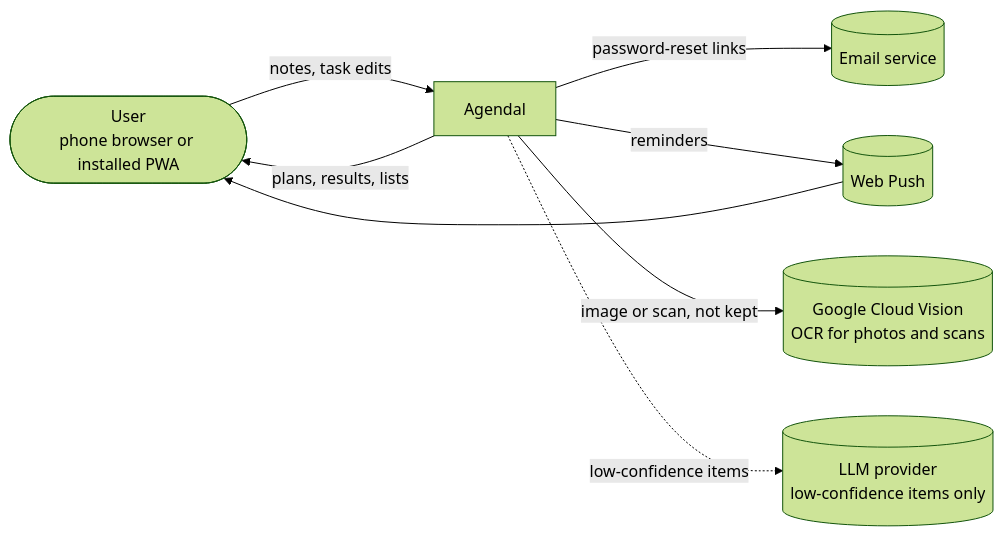
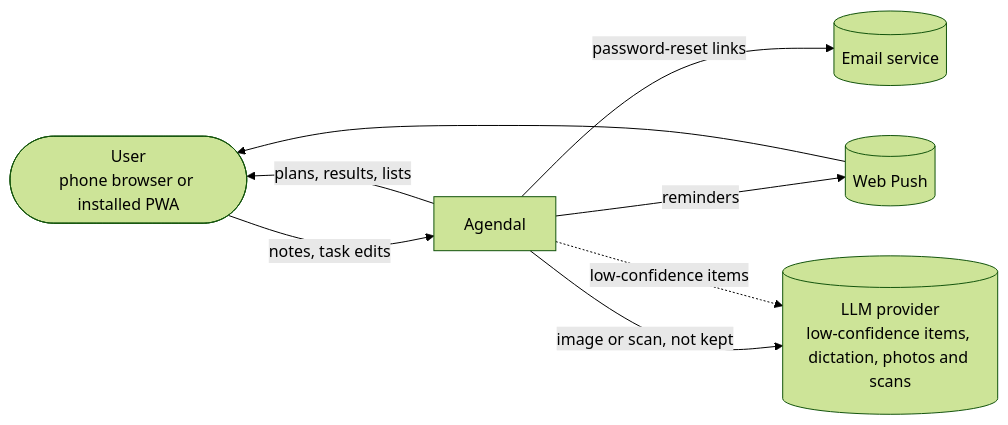
The third of 6 diagrams in docs/SUMMARY.md (02bbits/Agendal), drawn with Mermaid (forest theme) before and after one commit. The commit also changed other lines of this file and 9 other files, not shown here.

First line of the commit message:
Docs: photos and scans are read by the language model, not Google Vision

````diff
--- a/docs/SUMMARY.md
+++ b/docs/SUMMARY.md
@@ -245,15 +245,14 @@
 ```mermaid
 flowchart LR
     U([User<br/>phone browser or installed PWA])
     A[Agendal]
     M[(Email service)]
     P[(Web Push)]
-    X[(Google Cloud Vision<br/>OCR for photos and scans)]
-    L[(LLM provider<br/>low-confidence items only)]
+    L[(LLM provider<br/>low-confidence items, dictation, photos and scans)]
     U -- "notes, task edits" --> A
     A -- "plans, results, lists" --> U
     A -- "password-reset links" --> M
     A -- "reminders" --> P --> U
-    A -- "image or scan, not kept" --> X
+    A -- "image or scan, not kept" --> L
     A -. "low-confidence items" .-> L
 ```
````
